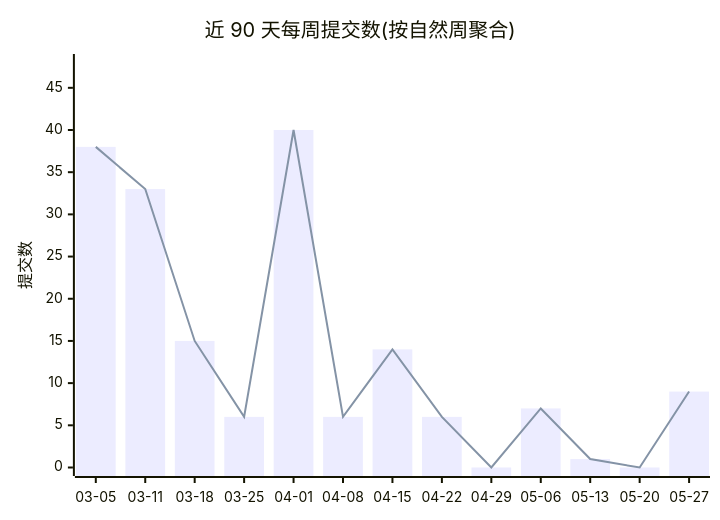
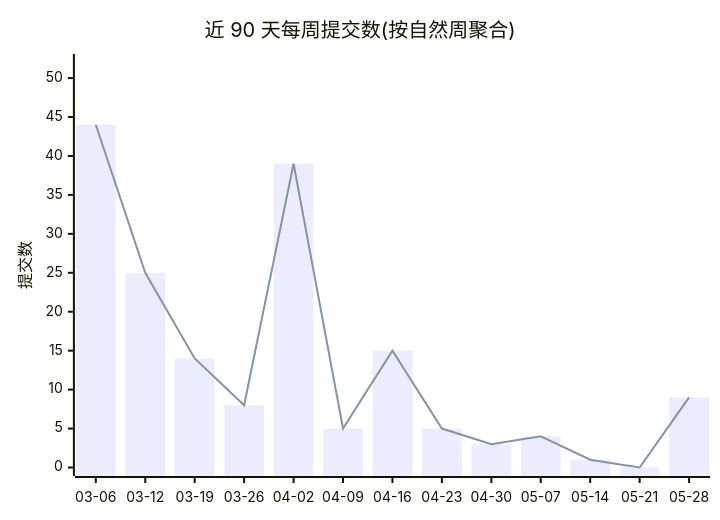
Before and after one commit to Conflux-Union/.github: the first of 2 diagrams in profile/README.md, drawn with Mermaid. The commit also changed other lines of this file and 1 other file, not shown here.

Commit message:
chore(stats): refresh org commit stats

````diff
--- a/profile/README.md
+++ b/profile/README.md
@@ -44,8 +44,8 @@
 ```mermaid
 xychart-beta
     title "近 90 天每周提交数(按自然周聚合)"
-    x-axis ["03-05", "03-11", "03-18", "03-25", "04-01", "04-08", "04-15", "04-22", "04-29", "05-06", "05-13", "05-20", "05-27"]
-    y-axis "提交数" 0 --> 48
-    bar [38, 33, 15, 6, 40, 6, 14, 6, 0, 7, 1, 0, 9]
-    line [38, 33, 15, 6, 40, 6, 14, 6, 0, 7, 1, 0, 9]
+    x-axis ["03-06", "03-12", "03-19", "03-26", "04-02", "04-09", "04-16", "04-23", "04-30", "05-07", "05-14", "05-21", "05-28"]
+    y-axis "提交数" 0 --> 52
+    bar [44, 25, 14, 8, 39, 5, 15, 5, 3, 4, 1, 0, 9]
+    line [44, 25, 14, 8, 39, 5, 15, 5, 3, 4, 1, 0, 9]
 ```
````
